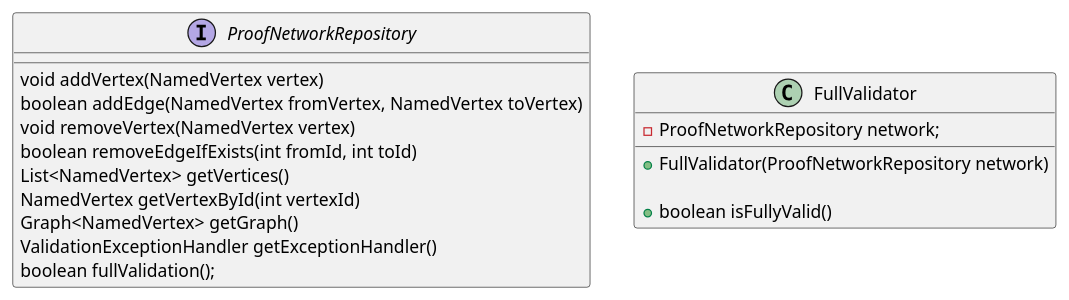
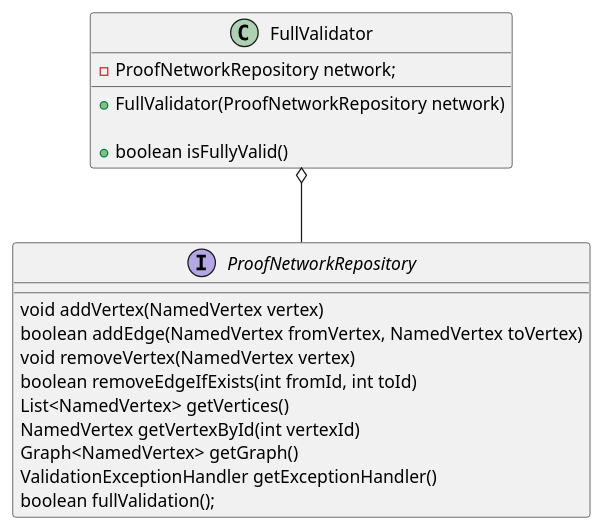
Before and after one commit to keksklauer4/MatLearn: the diagram in uml/srp_negative_improved.puml, drawn with PlantUML. The commit also changed 1 other file, not shown here.

```diff
--- a/uml/srp_negative_improved.puml
+++ b/uml/srp_negative_improved.puml
@@ -2,24 +2,25 @@
 @startuml
 interface ProofNetworkRepository {
      void addVertex(NamedVertex vertex)
      boolean addEdge(NamedVertex fromVertex, NamedVertex toVertex)
      void removeVertex(NamedVertex vertex)
      boolean removeEdgeIfExists(int fromId, int toId)
      List<NamedVertex> getVertices()
      NamedVertex getVertexById(int vertexId)
      Graph<NamedVertex> getGraph()
      ValidationExceptionHandler getExceptionHandler()
      boolean fullValidation();
 }
 
 
 class FullValidator {
     -ProofNetworkRepository network;
 
     +FullValidator(ProofNetworkRepository network)
 
     +boolean isFullyValid()
+}
 
+FullValidator o-- ProofNetworkRepository
 
-}
 @enduml
```
